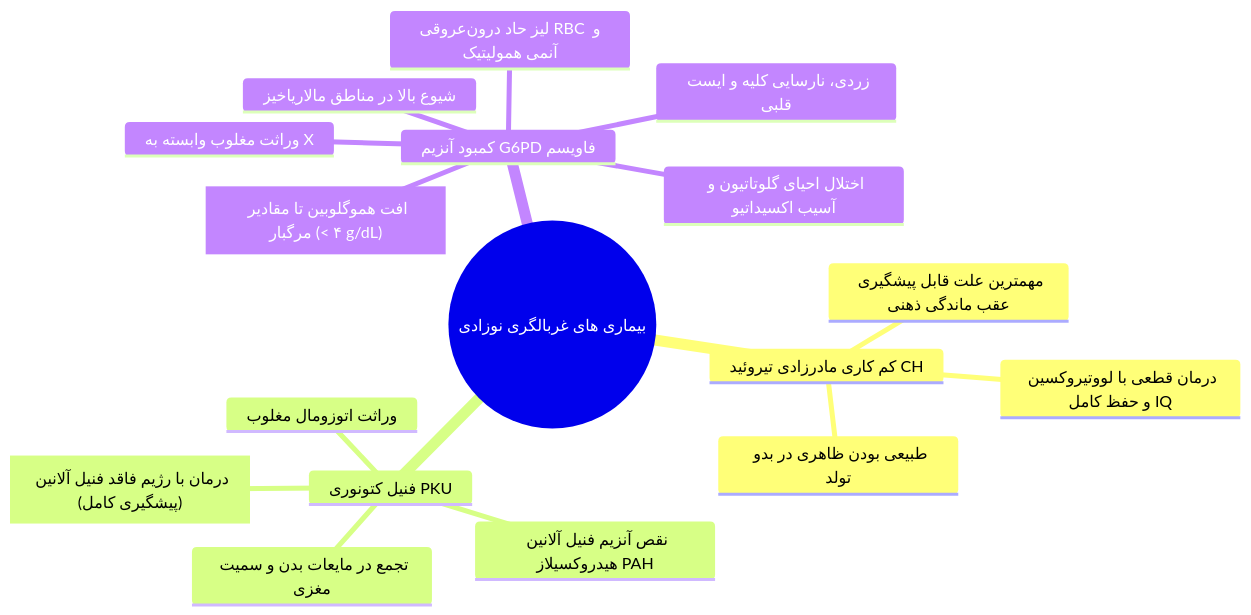
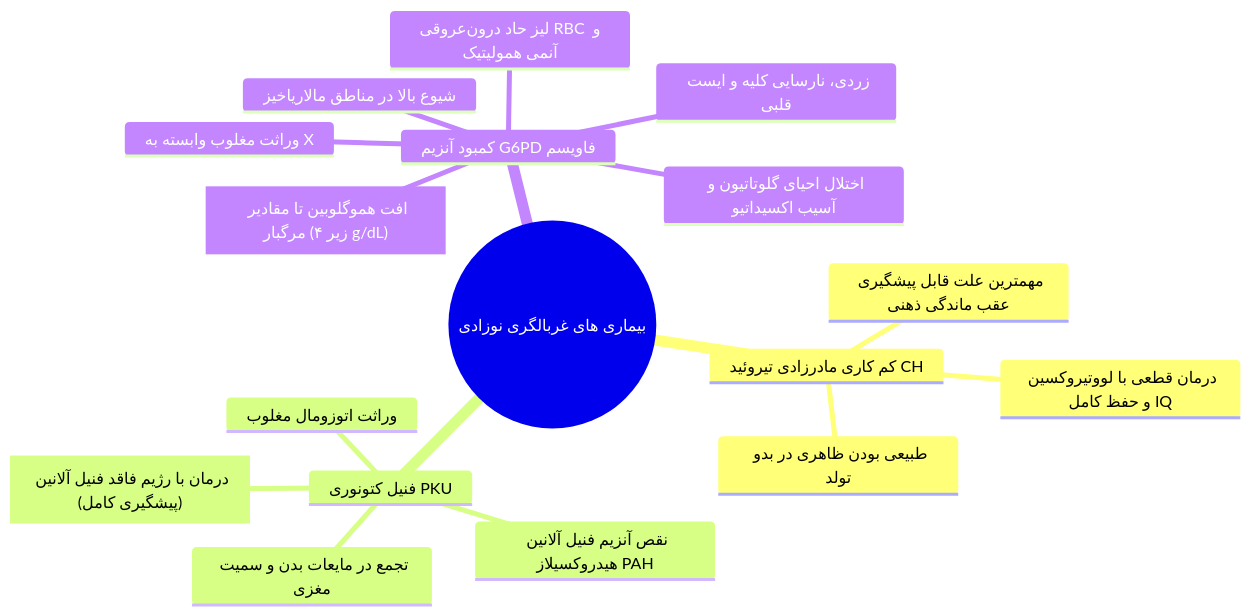
One commit to neopulse-hub/-TUMS-1402-2-material-notes- changed the sixth of 9 diagrams in 05/بهداشت خانواده/خلاصه/01-05.md. Above: the diagram before and after it, drawn with Mermaid. The commit also changed other lines of this file, not shown here.

````diff
--- a/05/بهداشت خانواده/خلاصه/01-05.md
+++ b/05/بهداشت خانواده/خلاصه/01-05.md
@@ -297,20 +297,20 @@
 ```mermaid
 mindmap
   root((بیماری های غربالگری نوزادی))
     کم کاری مادرزادی تیروئید CH
       طبیعی بودن ظاهری در بدو تولد
       مهمترین علت قابل پیشگیری عقب ماندگی ذهنی
       درمان قطعی با لووتیروکسین و حفظ کامل IQ
     فنیل کتونوری PKU
       وراثت اتوزومال مغلوب
       نقص آنزیم فنیل آلانین هیدروکسیلاز PAH
       تجمع در مایعات بدن و سمیت مغزی
       ["درمان با رژیم فاقد فنیل آلانین (پیشگیری کامل)"]
     کمبود آنزیم G6PD فاویسم
       وراثت مغلوب وابسته به X
       شیوع بالا در مناطق مالاریاخیز
       اختلال احیای گلوتاتیون و آسیب اکسیداتیو
       لیز حاد درون‌عروقی RBC و آنمی همولیتیک
-      ["افت هموگلوبین تا مقادیر مرگبار (< ۴ g/dL)"]
+      ["افت هموگلوبین تا مقادیر مرگبار (زیر ۴ g/dL)"]
       زردی، نارسایی کلیه و ایست قلبی
 ```
````
